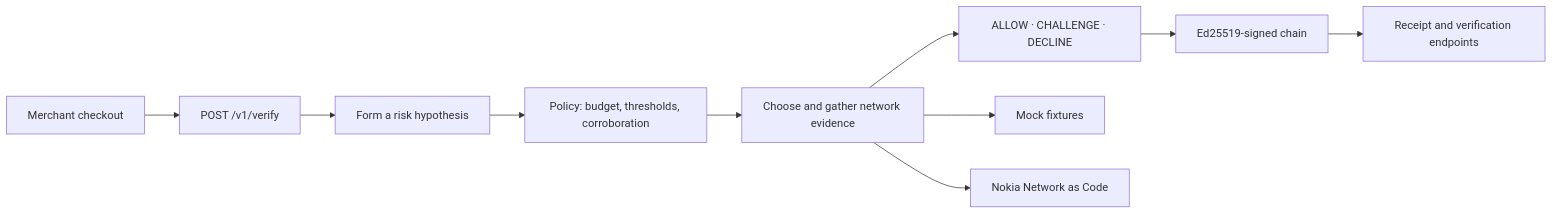
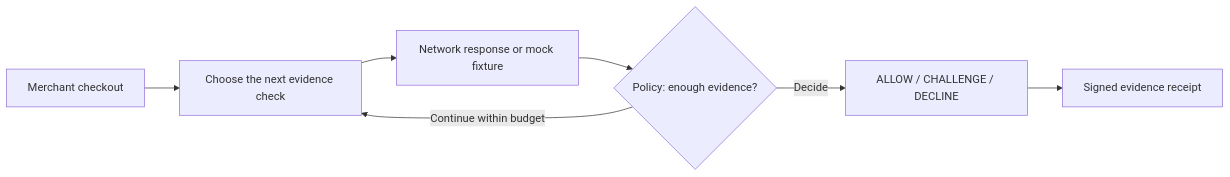
One commit to AhmadShadeed32/isnad changed the diagram in README.md. Above: the diagram before and after it, drawn with Mermaid. The commit also changed other lines of this file and 6 other files, not shown here.

````diff
--- a/README.md
+++ b/README.md
@@ -224,12 +124,9 @@
 ```mermaid
 flowchart LR
-    M[Merchant checkout] --> API[POST /v1/verify]
-    API --> H[Form a risk hypothesis]
-    H --> P[Policy: budget, thresholds, corroboration]
-    P --> E[Choose and gather network evidence]
-    E --> D[ALLOW · CHALLENGE · DECLINE]
-    D --> V[Ed25519-signed chain]
-    V --> R[Receipt and verification endpoints]
-    E --> MOCK[Mock fixtures]
-    E --> NAC[Nokia Network as Code]
+    A[Merchant checkout] --> B[Choose the next evidence check]
+    B --> C[Network response or mock fixture]
+    C --> D{Policy: enough evidence?}
+    D -->|Continue within budget| B
+    D -->|Decide| E[ALLOW / CHALLENGE / DECLINE]
+    E --> F[Signed evidence receipt]
 ```
````
